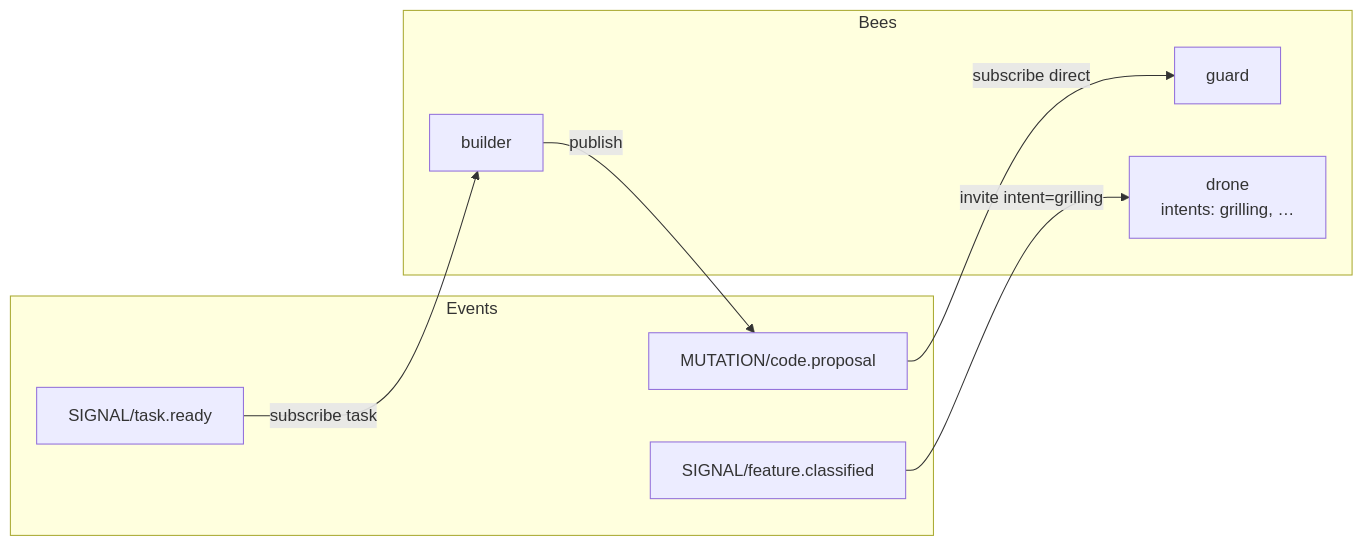
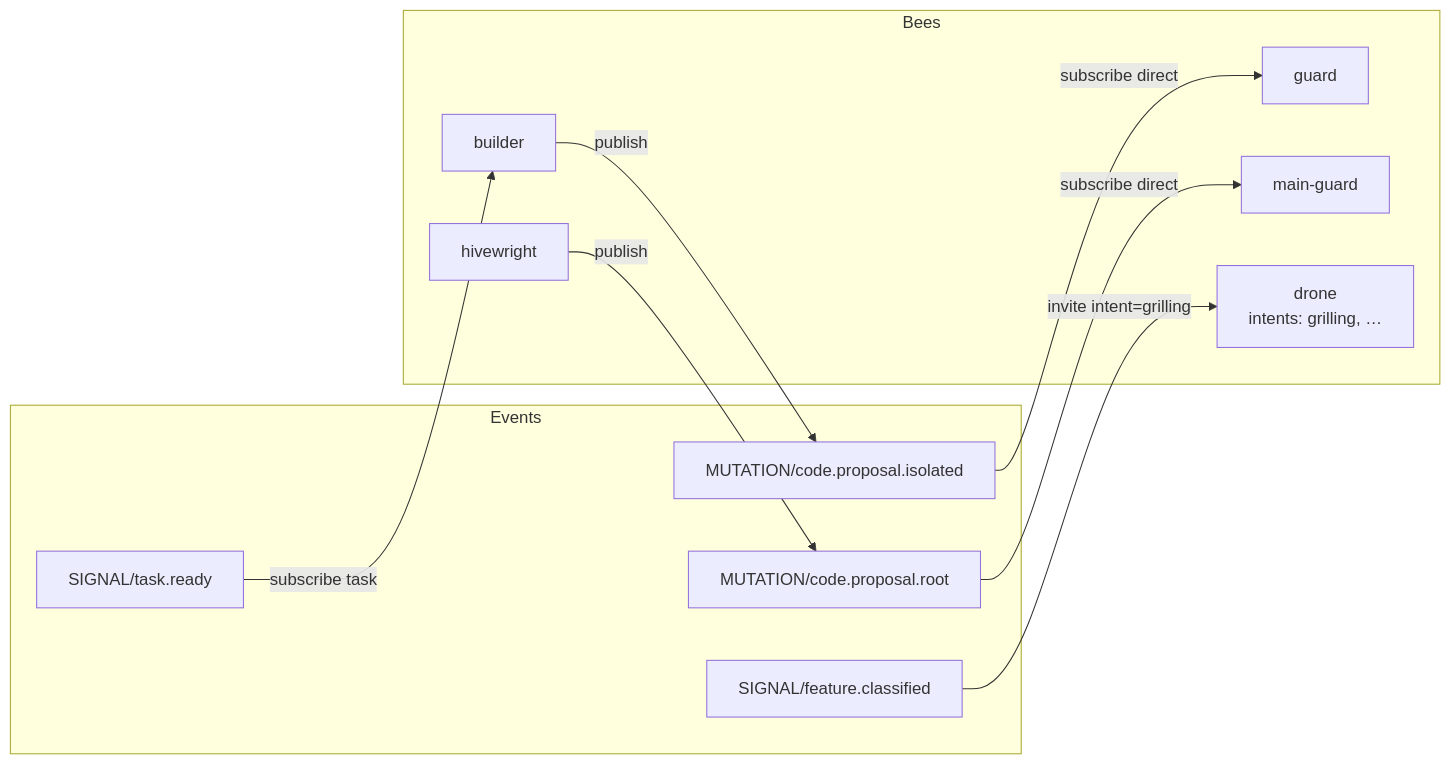
Before and after one commit to russ-p/paseka: the diagram in docs/specs/007-colony-eda-topology.md, drawn with Mermaid. The commit also changed other lines of this file and 9 other files, not shown here.

First line of the commit message:
docs(colony): align canonical docs with code proposal workspace split

````diff
--- a/docs/specs/007-colony-eda-topology.md
+++ b/docs/specs/007-colony-eda-topology.md
@@ -132,17 +132,22 @@
 ```mermaid
 flowchart LR
   subgraph events [Events]
     E_task_ready["SIGNAL/task.ready"]
-    E_code_proposal["MUTATION/code.proposal"]
+    E_proposal_iso["MUTATION/code.proposal.isolated"]
+    E_proposal_root["MUTATION/code.proposal.root"]
     E_feature_classified["SIGNAL/feature.classified"]
   end
   subgraph bees [Bees]
     B_builder["builder"]
     B_guard["guard"]
+    B_hivewright["hivewright"]
+    B_main_guard["main-guard"]
     B_drone["drone\nintents: grilling, …"]
   end
   E_task_ready -->|subscribe task| B_builder
-  B_builder -->|publish| E_code_proposal
-  E_code_proposal -->|subscribe direct| B_guard
+  B_builder -->|publish| E_proposal_iso
+  E_proposal_iso -->|subscribe direct| B_guard
+  B_hivewright -->|publish| E_proposal_root
+  E_proposal_root -->|subscribe direct| B_main_guard
   E_feature_classified -->|invite intent=grilling| B_drone
 ```
````
